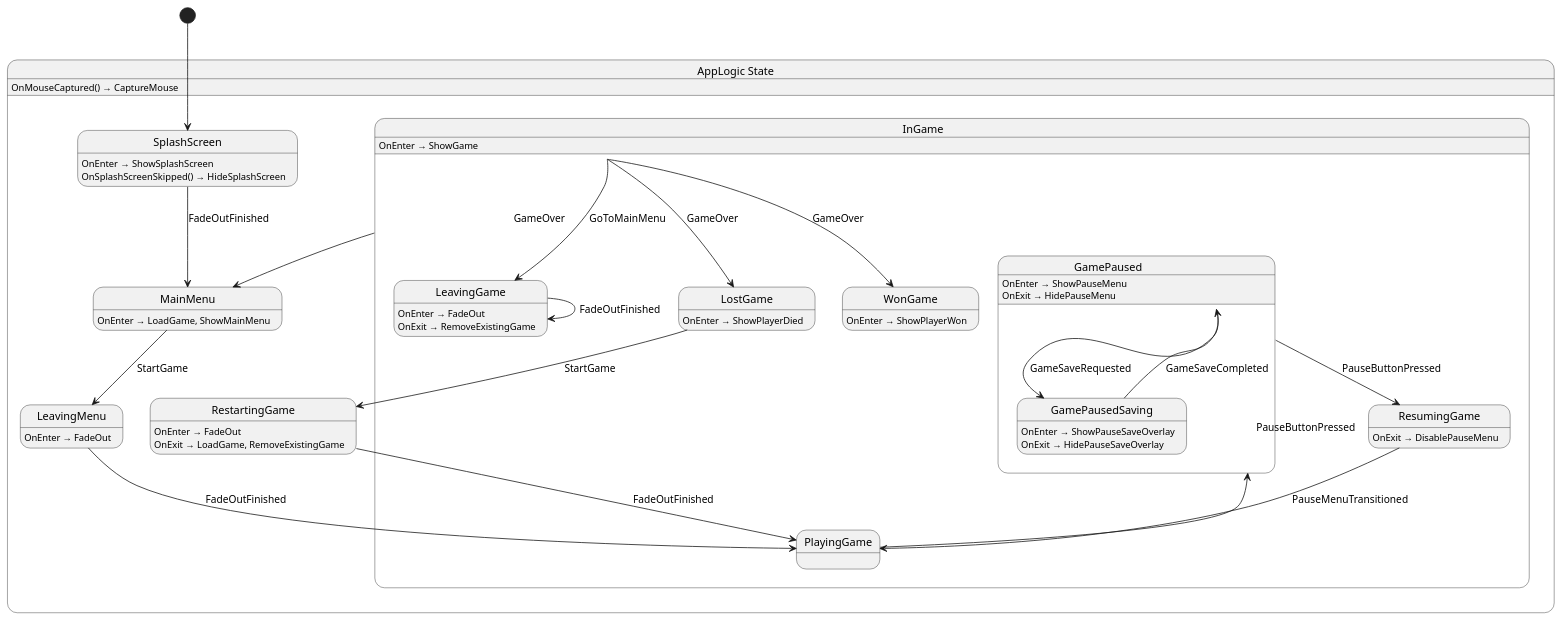
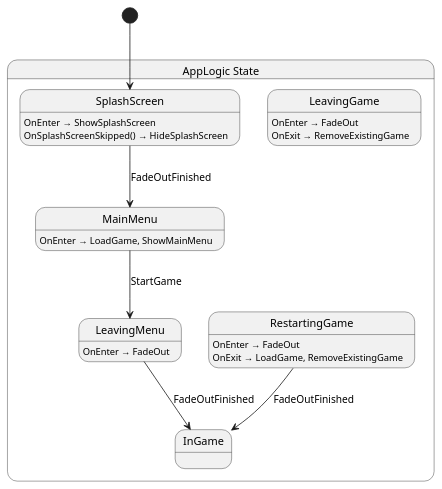
Before and after one commit to chickensoft-games/GameDemo: the diagram in src/app/state/AppLogic.g.puml, drawn with PlantUML. The commit also changed 43 other files, not shown here.

Commit message:
refactor: move lots of logic from the app state machine to the game state machine

```diff
--- a/src/app/state/AppLogic.g.puml
+++ b/src/app/state/AppLogic.g.puml
@@ -1,62 +1,30 @@
 @startuml AppLogic
 state "AppLogic State" as GameDemo_AppLogic_State {
-  state "InGame" as GameDemo_AppLogic_State_InGame {
-    state "GamePaused" as GameDemo_AppLogic_State_GamePaused {
-      state "GamePausedSaving" as GameDemo_AppLogic_State_GamePausedSaving {
-        GameDemo_AppLogic_State_GamePausedSaving : OnEnter → ShowPauseSaveOverlay
-        GameDemo_AppLogic_State_GamePausedSaving : OnExit → HidePauseSaveOverlay
-      }
-      GameDemo_AppLogic_State_GamePaused : OnEnter → ShowPauseMenu
-      GameDemo_AppLogic_State_GamePaused : OnExit → HidePauseMenu
-    }
-    state "LeavingGame" as GameDemo_AppLogic_State_LeavingGame {
-      GameDemo_AppLogic_State_LeavingGame : OnEnter → FadeOut
-      GameDemo_AppLogic_State_LeavingGame : OnExit → RemoveExistingGame
-    }
-    state "LostGame" as GameDemo_AppLogic_State_LostGame {
-      GameDemo_AppLogic_State_LostGame : OnEnter → ShowPlayerDied
-    }
-    state "PlayingGame" as GameDemo_AppLogic_State_PlayingGame
-    state "ResumingGame" as GameDemo_AppLogic_State_ResumingGame {
-      GameDemo_AppLogic_State_ResumingGame : OnExit → DisablePauseMenu
-    }
-    state "WonGame" as GameDemo_AppLogic_State_WonGame {
-      GameDemo_AppLogic_State_WonGame : OnEnter → ShowPlayerWon
-    }
-    GameDemo_AppLogic_State_InGame : OnEnter → ShowGame
+  state "InGame" as GameDemo_AppLogic_State_InGame
+  state "LeavingGame" as GameDemo_AppLogic_State_LeavingGame {
+    GameDemo_AppLogic_State_LeavingGame : OnEnter → FadeOut
+    GameDemo_AppLogic_State_LeavingGame : OnExit → RemoveExistingGame
   }
   state "LeavingMenu" as GameDemo_AppLogic_State_LeavingMenu {
     GameDemo_AppLogic_State_LeavingMenu : OnEnter → FadeOut
   }
   state "MainMenu" as GameDemo_AppLogic_State_MainMenu {
     GameDemo_AppLogic_State_MainMenu : OnEnter → LoadGame, ShowMainMenu
   }
   state "RestartingGame" as GameDemo_AppLogic_State_RestartingGame {
     GameDemo_AppLogic_State_RestartingGame : OnEnter → FadeOut
     GameDemo_AppLogic_State_RestartingGame : OnExit → LoadGame, RemoveExistingGame
   }
   state "SplashScreen" as GameDemo_AppLogic_State_SplashScreen {
     GameDemo_AppLogic_State_SplashScreen : OnEnter → ShowSplashScreen
     GameDemo_AppLogic_State_SplashScreen : OnSplashScreenSkipped() → HideSplashScreen
   }
-  GameDemo_AppLogic_State : OnMouseCaptured() → CaptureMouse
 }
 
-GameDemo_AppLogic_State_GamePaused --> GameDemo_AppLogic_State_GamePausedSaving : GameSaveRequested
-GameDemo_AppLogic_State_GamePaused --> GameDemo_AppLogic_State_ResumingGame : PauseButtonPressed
-GameDemo_AppLogic_State_GamePausedSaving --> GameDemo_AppLogic_State_GamePaused : GameSaveCompleted
-GameDemo_AppLogic_State_InGame --> GameDemo_AppLogic_State_LeavingGame : GoToMainMenu
-GameDemo_AppLogic_State_InGame --> GameDemo_AppLogic_State_LostGame : GameOver
-GameDemo_AppLogic_State_InGame --> GameDemo_AppLogic_State_MainMenu : GameOver
-GameDemo_AppLogic_State_InGame --> GameDemo_AppLogic_State_WonGame : GameOver
-GameDemo_AppLogic_State_LeavingGame --> GameDemo_AppLogic_State_LeavingGame : FadeOutFinished
-GameDemo_AppLogic_State_LeavingMenu --> GameDemo_AppLogic_State_PlayingGame : FadeOutFinished
-GameDemo_AppLogic_State_LostGame --> GameDemo_AppLogic_State_RestartingGame : StartGame
+GameDemo_AppLogic_State_LeavingMenu --> GameDemo_AppLogic_State_InGame : FadeOutFinished
 GameDemo_AppLogic_State_MainMenu --> GameDemo_AppLogic_State_LeavingMenu : StartGame
-GameDemo_AppLogic_State_PlayingGame --> GameDemo_AppLogic_State_GamePaused : PauseButtonPressed
-GameDemo_AppLogic_State_RestartingGame --> GameDemo_AppLogic_State_PlayingGame : FadeOutFinished
-GameDemo_AppLogic_State_ResumingGame --> GameDemo_AppLogic_State_PlayingGame : PauseMenuTransitioned
+GameDemo_AppLogic_State_RestartingGame --> GameDemo_AppLogic_State_InGame : FadeOutFinished
 GameDemo_AppLogic_State_SplashScreen --> GameDemo_AppLogic_State_MainMenu : FadeOutFinished
 
 [*] --> GameDemo_AppLogic_State_SplashScreen
 @enduml
```
